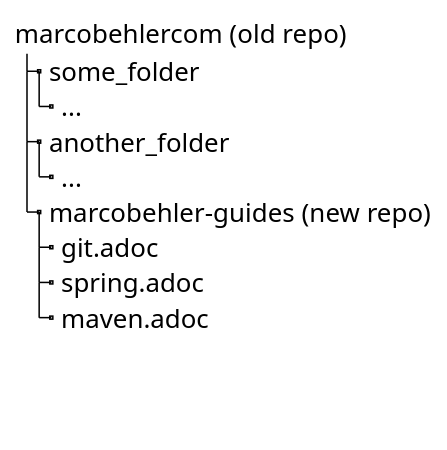
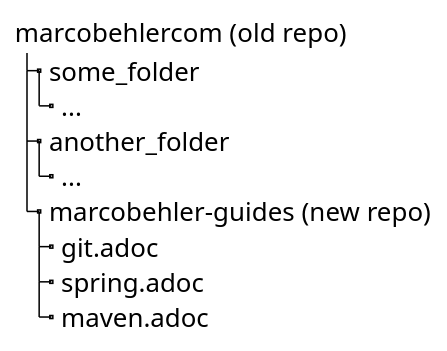
Before and after one commit to marcobehler/marcobehler-guides: the third of 3 diagrams in git-splitting-repositories-removing-sensitive-data.adoc, drawn with PlantUML. The commit also changed other lines of this file, not shown here.

Commit message:
Updated Git Guide

```diff
--- a/git-splitting-repositories-removing-sensitive-data.adoc
+++ b/git-splitting-repositories-removing-sensitive-data.adoc
@@ -101,37 +101,20 @@
-[plantuml,subtree-merges-v2, format=svg, opts="inline"]
+[plantuml,subtree-merges-v3, format=svg, opts="inline"]
 ----
 skinparam Legend {
 	BackgroundColor transparent
 	BorderThickness 0
 	FontSize 17
 }
-
-' We use skinparams to hide our dummy participant
-' and make it as little space as possible
-skinparam SequenceLifeLineBorderThickness 0
-skinparam SequenceLifeLineBorderColor transparent
-skinparam SequenceParticipant {
-	BackgroundColor transparent
-	BorderColor transparent
-	Shadowing false
-	FontSize 0
-	BorderThickness 0
-	Padding 0
-}
-hide footbox
-
-' "participant" nudges PlantUML to a sequence diagram
-participant dummy
 
 legend top left
 marcobehlercom (old repo)
 |_ some_folder
   |_ ...
 |_ another_folder
   |_ ...
 |_ marcobehler-guides (new repo)
   |_ git.adoc
   |_ spring.adoc
   |_ maven.adoc
 end legend
 ----
```
